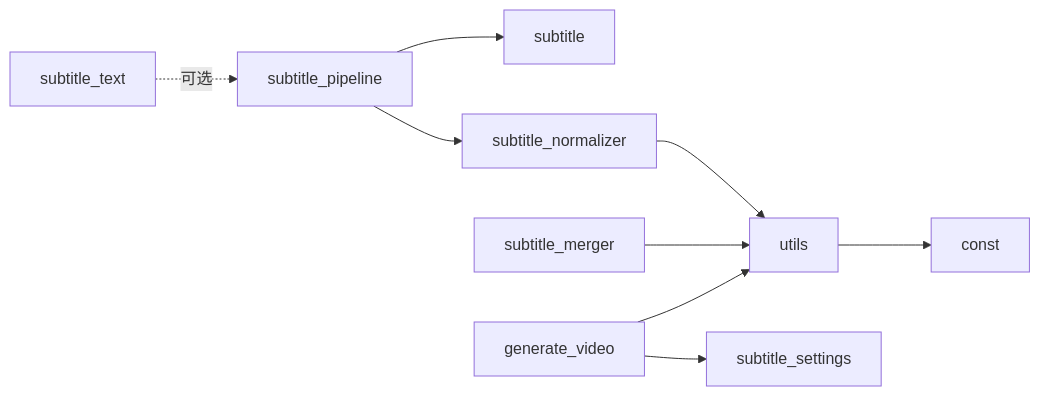
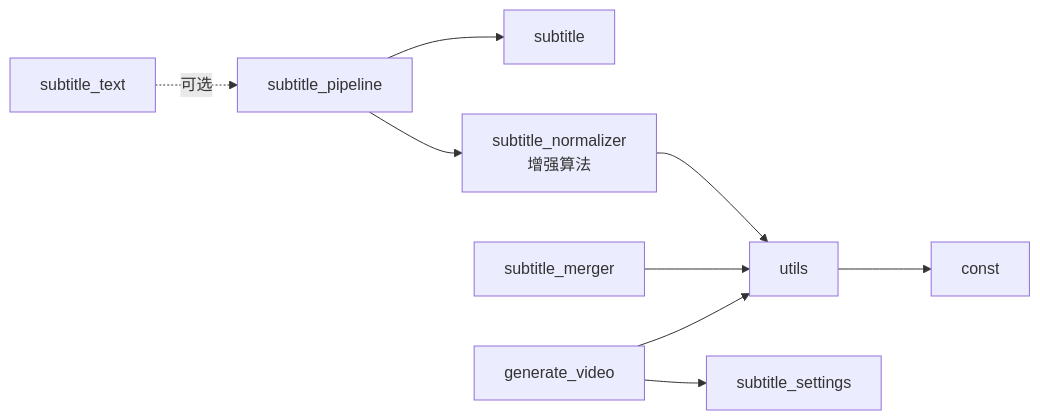
One commit to wowoduang/AIVideoClaude changed the seventh of 7 diagrams in .qoder/repowiki/zh/content/核心功能/字幕处理系统/字幕标准化器.md. Above: the diagram before and after it, drawn with Mermaid. The commit also changed other lines of this file and 26 other files, not shown here.

````diff
--- a/.qoder/repowiki/zh/content/核心功能/字幕处理系统/字幕标准化器.md
+++ b/.qoder/repowiki/zh/content/核心功能/字幕处理系统/字幕标准化器.md
@@ -277,11 +299,11 @@
 ```mermaid
 graph LR
 SP["subtitle_pipeline"] --> SU["subtitle"]
-SP --> SN["subtitle_normalizer"]
+SP --> SN["subtitle_normalizer<br/>增强算法"]
 SN --> UT["utils"]
 ST["subtitle_text"] -.可选.-> SP
 SM["subtitle_merger"] --> UT
 GV["generate_video"] --> UT
 GV --> WS["subtitle_settings"]
 UT --> CT["const"]
 ```
````
